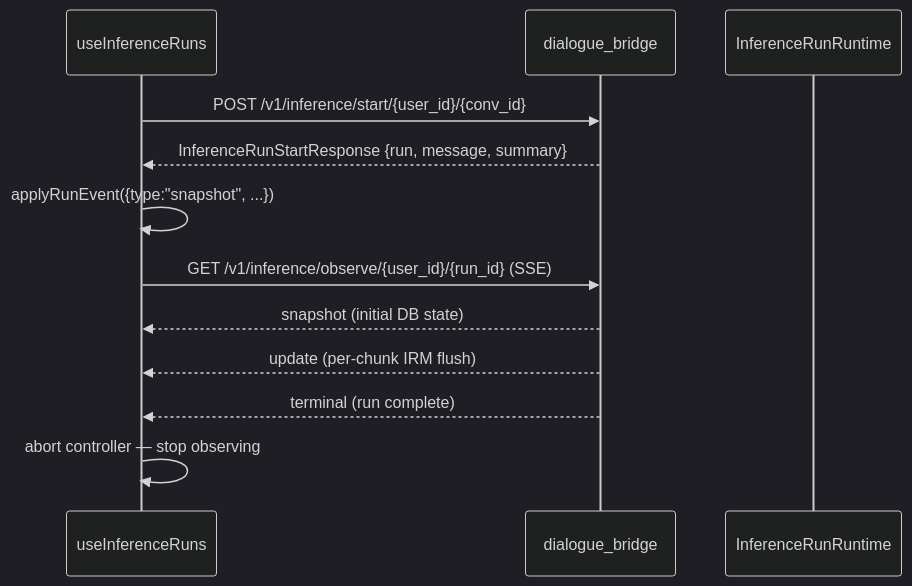
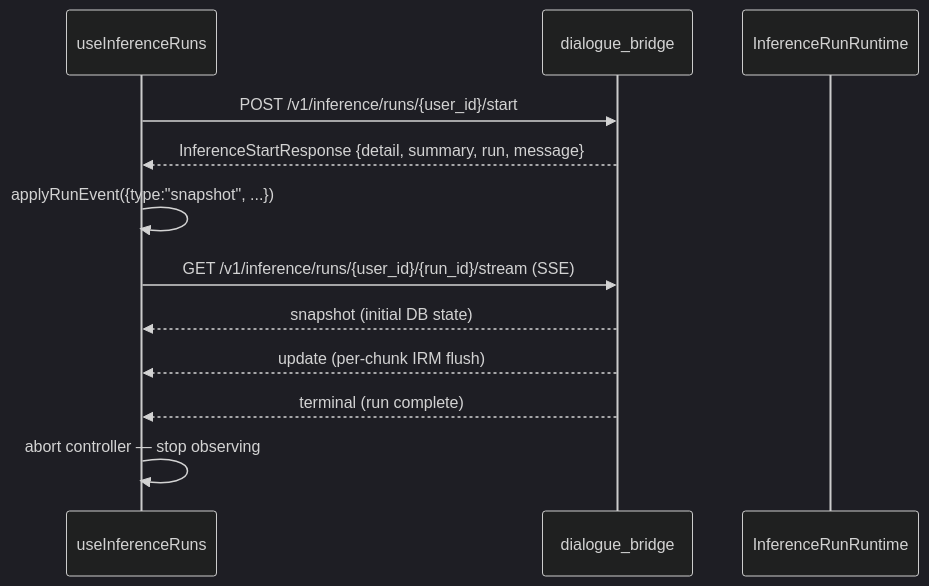
One commit to konstantinosmpouros/mAgenticX changed the eighth of 8 diagrams in docs/development/agui-protocol.md. Above: the diagram before and after it, drawn with Mermaid (dark theme). The commit also changed other lines of this file and 26 other files, not shown here.

Commit message:
Refactor inference start flow to backend-owned runs

````diff
--- a/docs/development/agui-protocol.md
+++ b/docs/development/agui-protocol.md
@@ -400,15 +400,15 @@
 ```mermaid
 sequenceDiagram
     participant UI as useInferenceRuns
     participant Bridge as dialogue_bridge
     participant IRM as InferenceRunRuntime
 
-    UI->>Bridge: POST /v1/inference/start/{user_id}/{conv_id}
-    Bridge-->>UI: InferenceRunStartResponse {run, message, summary}
+    UI->>Bridge: POST /v1/inference/runs/{user_id}/start
+    Bridge-->>UI: InferenceStartResponse {detail, summary, run, message}
     UI->>UI: applyRunEvent({type:"snapshot", ...})
-    UI->>Bridge: GET /v1/inference/observe/{user_id}/{run_id} (SSE)
+    UI->>Bridge: GET /v1/inference/runs/{user_id}/{run_id}/stream (SSE)
     Bridge-->>UI: snapshot (initial DB state)
     Bridge-->>UI: update (per-chunk IRM flush)
     Bridge-->>UI: terminal (run complete)
     UI->>UI: abort controller — stop observing
 ```
````
